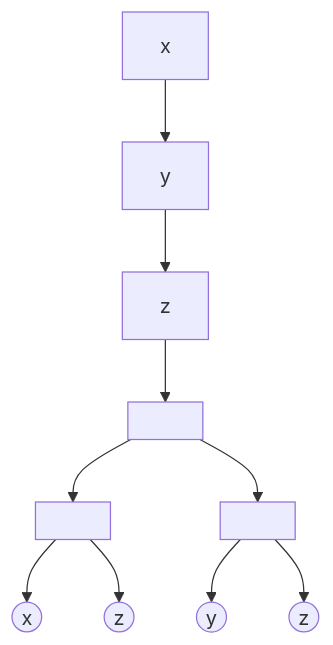
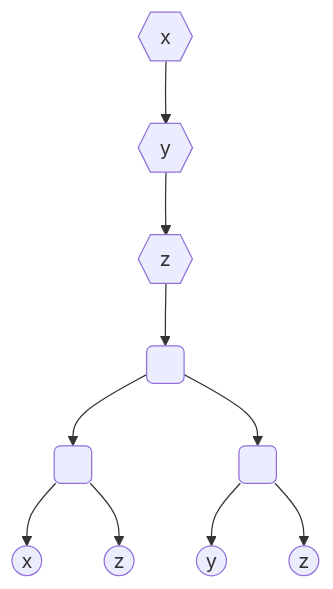
The first of 2 diagrams in Lectures/lecture-2.md (gzholtkevych/CertifiedProgramming), drawn with Mermaid before and after one commit. The commit also changed other lines of this file, not shown here.

````diff
--- a/Lectures/lecture-2.md
+++ b/Lectures/lecture-2.md
@@ -31,12 +31,12 @@
 ```mermaid
 graph TD
-    A[x] --> B[y]
-    B --> C[z]
-    C --> D[ ]
-    D --> E[ ]
-    D --> F[ ]
+    A{{x}} --> B{{y}}
+    B --> C{{z}}
+    C --> D( )
+    D --> E( )
+    D --> F( )
     E --> G((x))
     E --> H((z))
     F --> I((y))
     F --> J((z))
 ```
````
